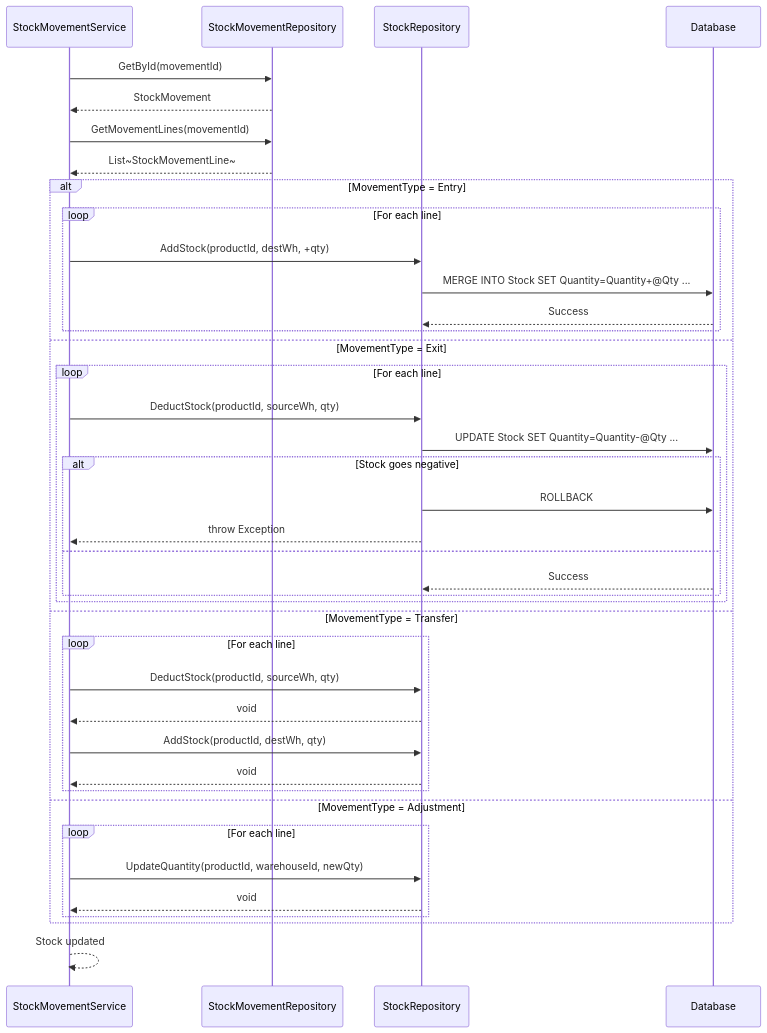
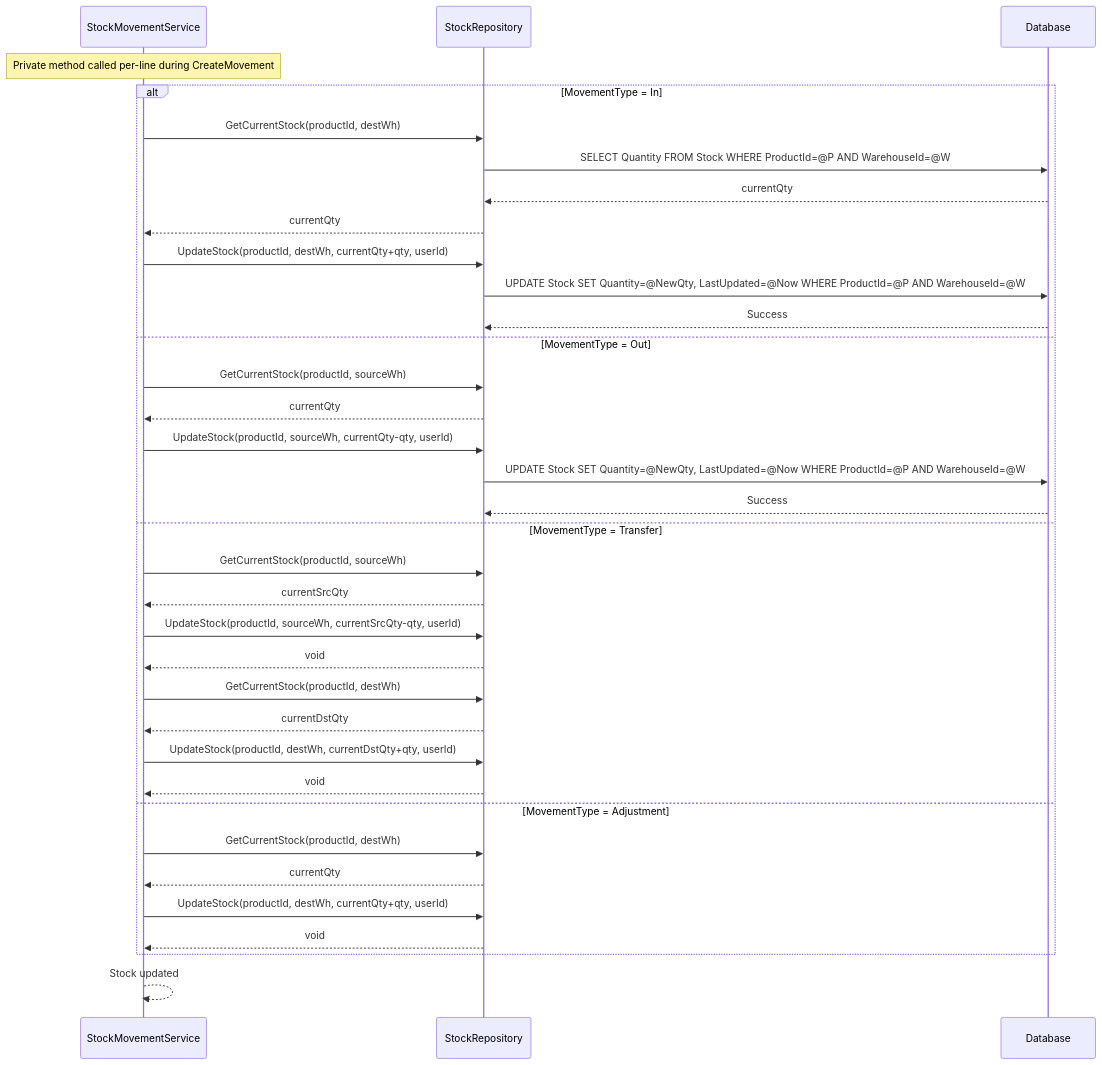
Before and after one commit to nahuk86/tp_diploma_nk_2026: the eighth of 9 diagrams in Documentation/UML_Diagrams/08_Stock_Movement_Process_Sequence_Diagram.md, drawn with Mermaid. The commit also changed other lines of this file and 4 other files, not shown here.

Commit message:
Update UML diagrams 08-12 to reflect actual implementation

````diff
--- a/Documentation/UML_Diagrams/08_Stock_Movement_Process_Sequence_Diagram.md
+++ b/Documentation/UML_Diagrams/08_Stock_Movement_Process_Sequence_Diagram.md
@@ -238,43 +248,38 @@
 ```mermaid
 sequenceDiagram
     participant SVC as StockMovementService
-    participant MREPO as StockMovementRepository
     participant SREPO as StockRepository
     participant DB as Database
 
-    SVC->>MREPO: GetById(movementId)
-    MREPO-->>SVC: StockMovement
-    SVC->>MREPO: GetMovementLines(movementId)
-    MREPO-->>SVC: List~StockMovementLine~
-    alt MovementType = Entry
-        loop For each line
-            SVC->>SREPO: AddStock(productId, destWh, +qty)
-            SREPO->>DB: MERGE INTO Stock SET Quantity=Quantity+@Qty ...
-            DB-->>SREPO: Success
-        end
-    else MovementType = Exit
-        loop For each line
-            SVC->>SREPO: DeductStock(productId, sourceWh, qty)
-            SREPO->>DB: UPDATE Stock SET Quantity=Quantity-@Qty ...
-            alt Stock goes negative
-                SREPO->>DB: ROLLBACK
-                SREPO-->>SVC: throw Exception
-            else
-                DB-->>SREPO: Success
-            end
-        end
+    Note over SVC: Private method called per-line during CreateMovement
+    alt MovementType = In
+        SVC->>SREPO: GetCurrentStock(productId, destWh)
+        SREPO->>DB: SELECT Quantity FROM Stock WHERE ProductId=@P AND WarehouseId=@W
+        DB-->>SREPO: currentQty
+        SREPO-->>SVC: currentQty
+        SVC->>SREPO: UpdateStock(productId, destWh, currentQty+qty, userId)
+        SREPO->>DB: UPDATE Stock SET Quantity=@NewQty, LastUpdated=@Now WHERE ProductId=@P AND WarehouseId=@W
+        DB-->>SREPO: Success
+    else MovementType = Out
+        SVC->>SREPO: GetCurrentStock(productId, sourceWh)
+        SREPO-->>SVC: currentQty
+        SVC->>SREPO: UpdateStock(productId, sourceWh, currentQty-qty, userId)
+        SREPO->>DB: UPDATE Stock SET Quantity=@NewQty, LastUpdated=@Now WHERE ProductId=@P AND WarehouseId=@W
+        DB-->>SREPO: Success
     else MovementType = Transfer
-        loop For each line
-            SVC->>SREPO: DeductStock(productId, sourceWh, qty)
-            SREPO-->>SVC: void
-            SVC->>SREPO: AddStock(productId, destWh, qty)
-            SREPO-->>SVC: void
-        end
+        SVC->>SREPO: GetCurrentStock(productId, sourceWh)
+        SREPO-->>SVC: currentSrcQty
+        SVC->>SREPO: UpdateStock(productId, sourceWh, currentSrcQty-qty, userId)
+        SREPO-->>SVC: void
+        SVC->>SREPO: GetCurrentStock(productId, destWh)
+        SREPO-->>SVC: currentDstQty
+        SVC->>SREPO: UpdateStock(productId, destWh, currentDstQty+qty, userId)
+        SREPO-->>SVC: void
     else MovementType = Adjustment
-        loop For each line
-            SVC->>SREPO: UpdateQuantity(productId, warehouseId, newQty)
-            SREPO-->>SVC: void
-        end
+        SVC->>SREPO: GetCurrentStock(productId, destWh)
+        SREPO-->>SVC: currentQty
+        SVC->>SREPO: UpdateStock(productId, destWh, currentQty+qty, userId)
+        SREPO-->>SVC: void
     end
     SVC-->>SVC: Stock updated
 ```
````
